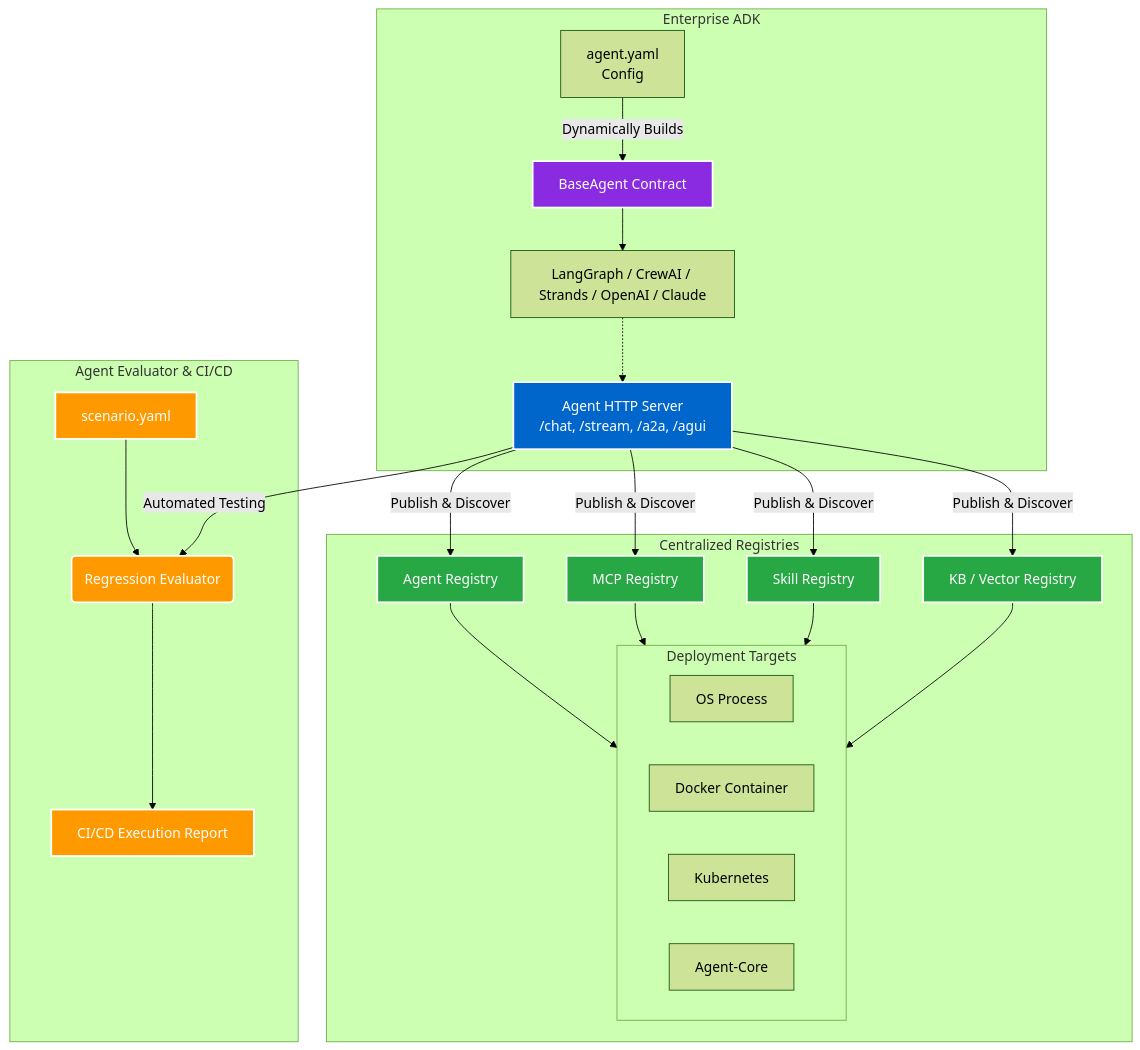
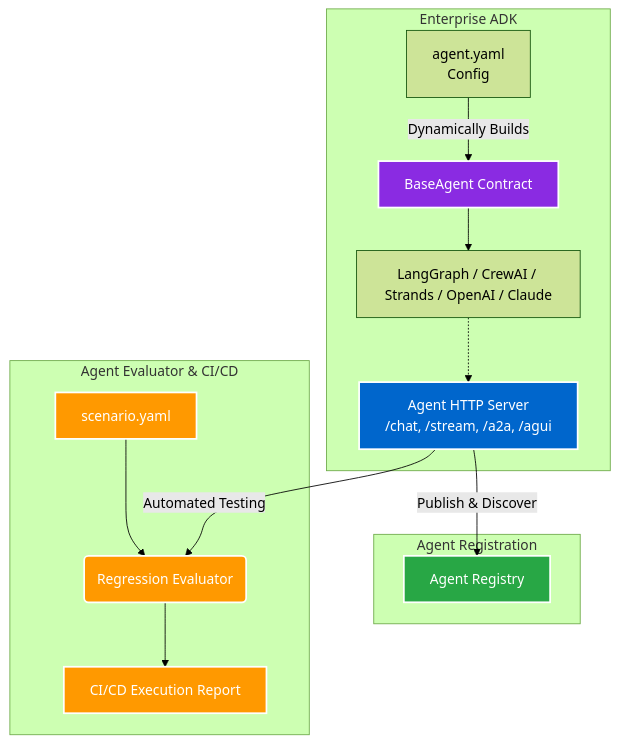
The diagram in src/content/projects/agent-development-kit.md (VinodKumarKP/my_portfolio), drawn with Mermaid (forest theme) before and after one commit. The commit also changed other lines of this file and 2 other files, not shown here.

Commit message:
updated the proof of concept page

````diff
--- a/src/content/projects/agent-development-kit.md
+++ b/src/content/projects/agent-development-kit.md
@@ -44,51 +44,33 @@
 ```mermaid
 graph TD
     subgraph Enterprise ADK
         Y[agent.yaml<br/>Config] -->|Dynamically Builds| A[BaseAgent Contract]
         A --> B[LangGraph / CrewAI / Strands / OpenAI / Claude]
         
         E[Agent HTTP Server<br/>/chat, /stream, /a2a, /agui]
         B -.-> E
         
     end
     
-    subgraph Centralized Registries
+    subgraph Agent Registration
         F[Agent Registry]
-        G[MCP Registry]
-        H[Skill Registry]
-        I[KB / Vector Registry]
-
-        F --> DeploymentTargets
-        G --> DeploymentTargets
-        H --> DeploymentTargets
-        I --> DeploymentTargets
-
-        subgraph DeploymentTargets [Deployment Targets]
-            OS[OS Process]
-            Docker[Docker Container]
-            K8s[Kubernetes]
-            Core[Agent-Core]
-        end
     end
     
     subgraph Agent Evaluator & CI/CD
         J[scenario.yaml] --> K(Regression Evaluator)
         K --> L[CI/CD Execution Report]
         E -->|Automated Testing| K
     end
     
     E -->|Publish & Discover| F
-    E -->|Publish & Discover| G
-    E -->|Publish & Discover| H
-    E -->|Publish & Discover| I
     
     classDef abstract fill:#8a2be2,stroke:#fff,stroke-width:2px,color:#fff;
     classDef server fill:#0066cc,stroke:#fff,stroke-width:2px,color:#fff;
     classDef registry fill:#28a745,stroke:#fff,stroke-width:2px,color:#fff;
     classDef test fill:#ff9900,stroke:#fff,stroke-width:2px,color:#fff;
     
     class A abstract;
     class E server;
-    class F,G,H,I registry;
+    class F registry;
     class J,K,L test;
 ```
````
